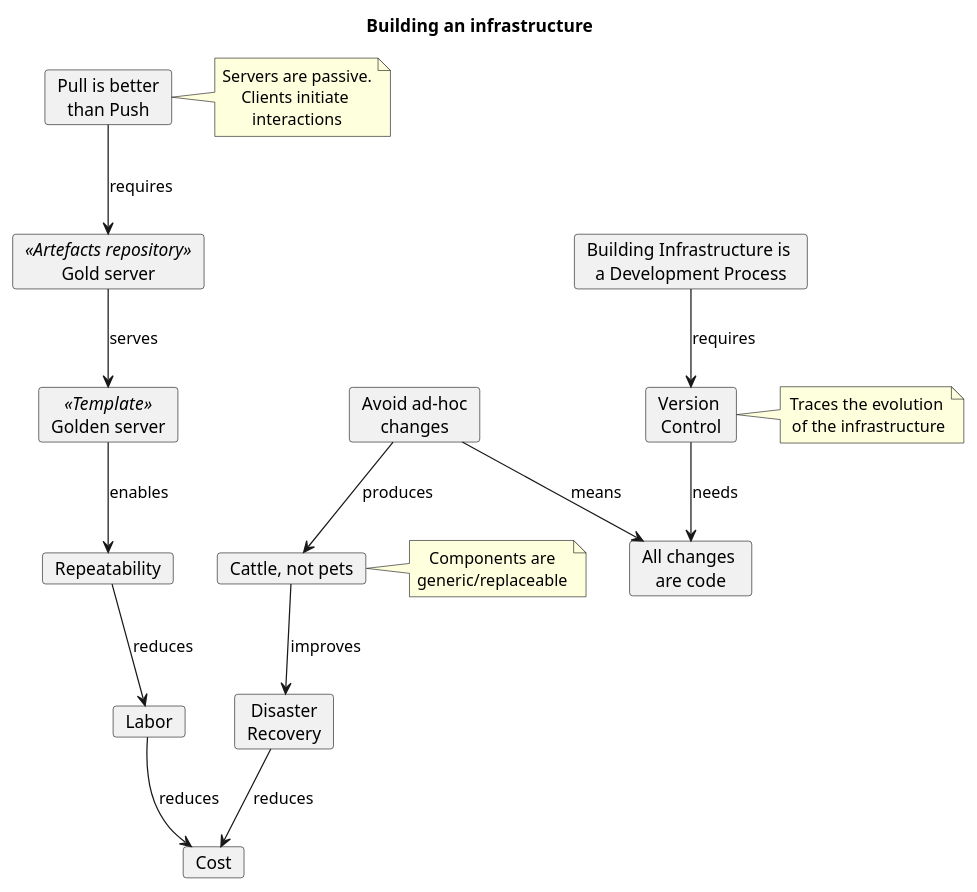
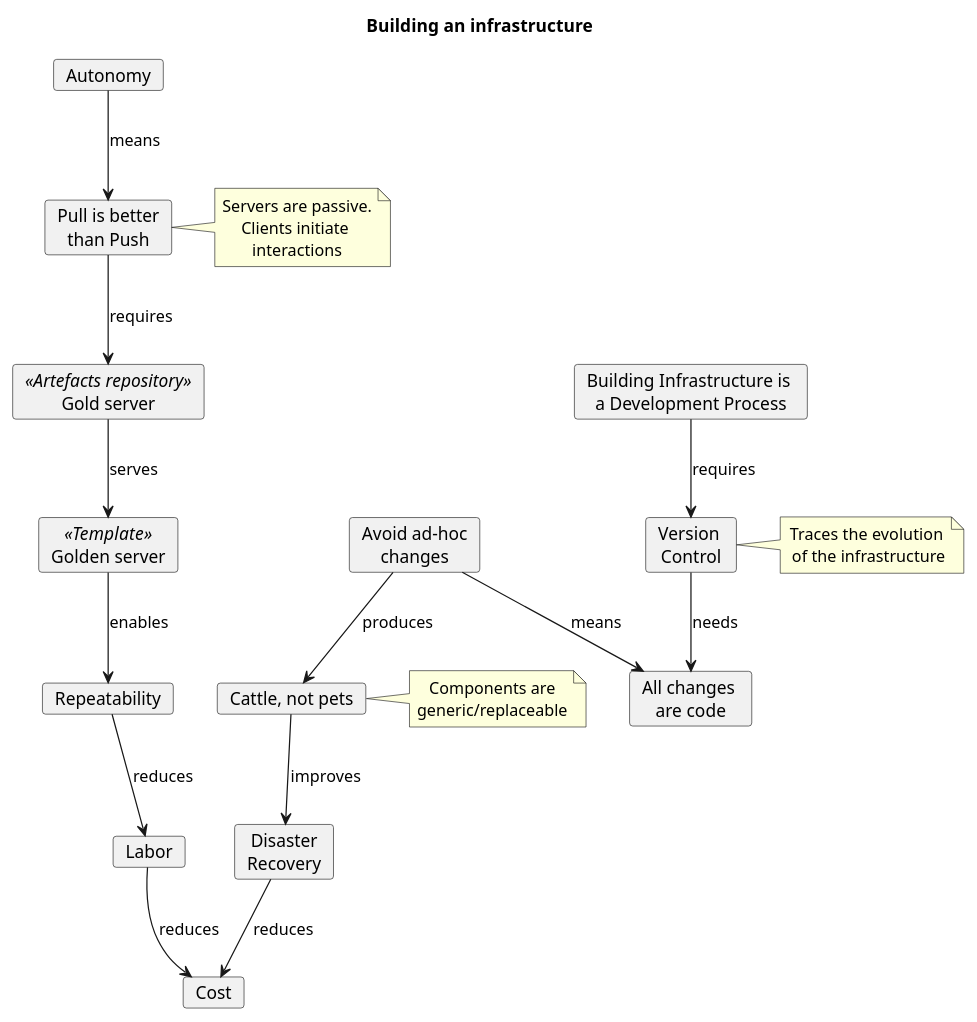
One commit to pgpbpadilla/pgpbpadilla.github.io changed the diagram in assets/diagram/building-infrastructure.puml. Above: the diagram before and after it, drawn with PlantUML. The commit also changed 1 other file, not shown here.

```diff
--- a/assets/diagram/building-infrastructure.puml
+++ b/assets/diagram/building-infrastructure.puml
@@ -1,37 +1,39 @@
 @startuml
 
 title Building an infrastructure
 
 'left to right direction
 skinparam defaultTextAlignment center
 
 card "All changes \nare code" as code
 card "Avoid ad-hoc\nchanges" as adhoc
+card "Autonomy" as autonomy
 card "Building Infrastructure is \na Development Process" as dev
 card "Cattle, not pets" as cattle
 note right: Components are\ngeneric/replaceable
 card "Cost" as cost
 card "Disaster\nRecovery" as dr
 card "Gold server" <<Artefacts repository>> as artefacts
 card "Golden server" <<Template>> as golden
 card "Labor" as labor
 card "Pull is better\nthan Push" as pull
 note right: Servers are passive.\nClients initiate \ninteractions
 card "Repeatability" as repeat
 card "Version \nControl" as vc
 note right: Traces the evolution\n of the infrastructure
 
 
 artefacts --> golden: serves
 adhoc --> cattle: produces
 adhoc --> code: means
 cattle --> dr: improves
 dr --> cost: reduces
 dev --> vc: requires
 golden --> repeat: enables
 labor --> cost: reduces
+autonomy --> pull: means
 pull --> artefacts: requires
 repeat --> labor: reduces
 vc --> code: needs
 
 @enduml
```
